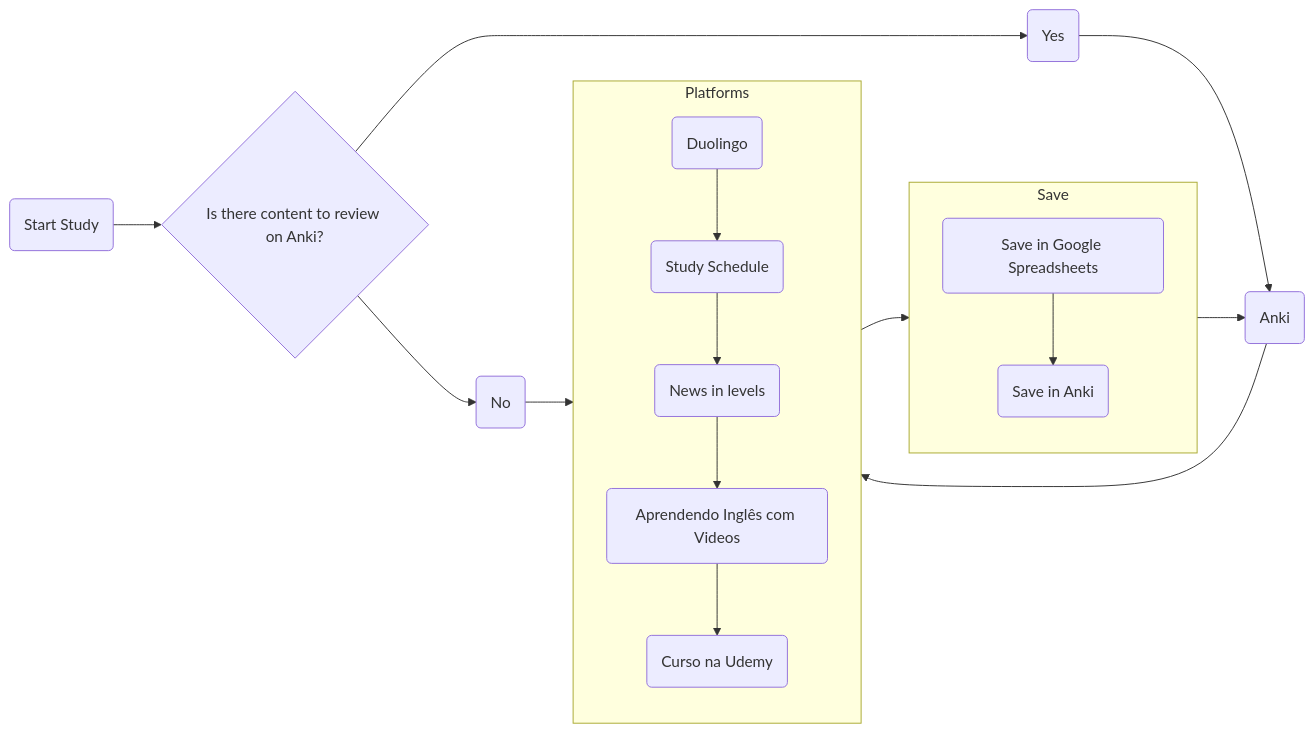
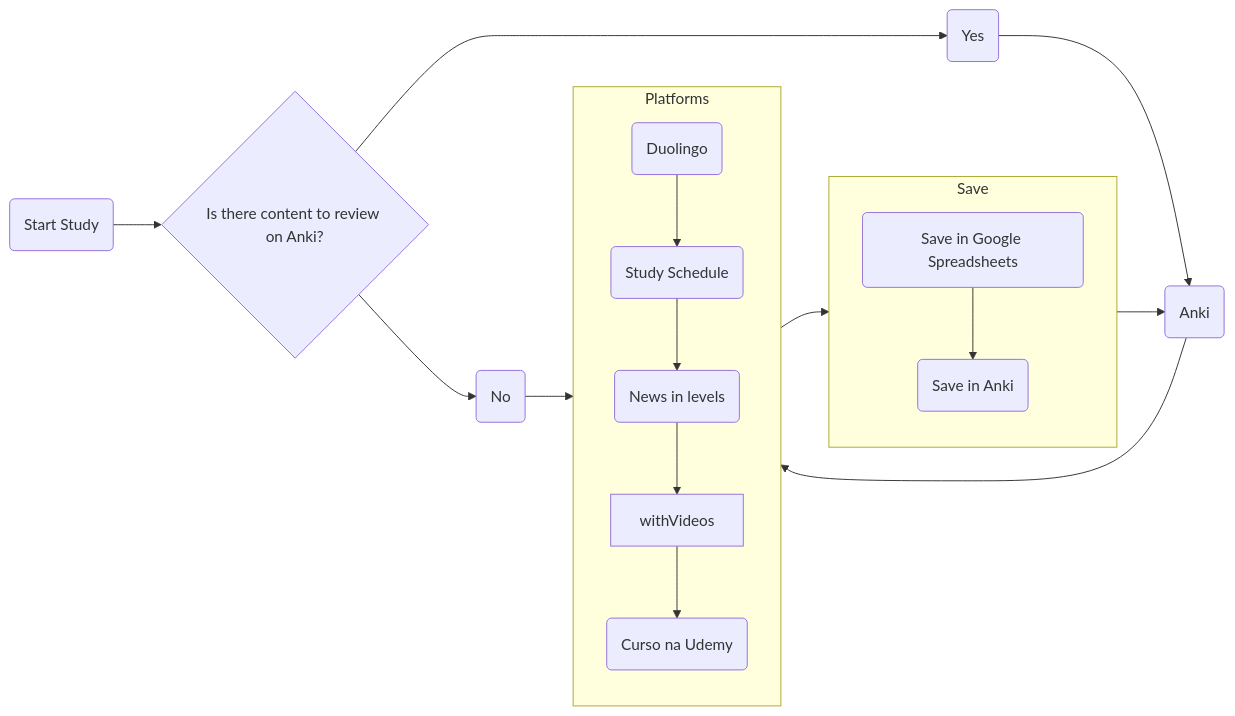
One commit to douglasmatosdev/English-Studies changed the diagram in README.md. Above: the diagram before and after it, drawn with Mermaid.

````diff
--- a/README.md
+++ b/README.md
@@ -8,43 +8,41 @@
 ```mermaid
 flowchart LR
 
 A(Start Study)
 A?B{Is there content to review on Anki?}
 
 duolingo(Duolingo)
 y(Yes)
 n(No)
 anki(Anki)
 ankisave(Save in Anki)
 spreadsheetssave(Save in Google Spreadsheets)
 studySchedule(Study Schedule)
 newsinlevels(News in levels)
-withVideos(Aprendendo Inglês com Videos)
 udemy(Curso na Udemy)
 
 
 A-->A?B-->y-->anki-->Platforms
 A?B-->n-->Platforms
 
 subgraph Save
       direction TB
       spreadsheetssave -->ankisave
 end
 
 subgraph Platforms
 	direction TB
 	duolingo -->studySchedule --> newsinlevels -->withVideos -->udemy
 end
 
 Platforms-->Save
 Save-->anki
 
 click anki "https://ankiweb.net/decks/" _blank
 click ankisave "https://ankiweb.net/decks/" _blank
 click duolingo "https://www.duolingo.com/learn" _blank
 click studySchedule "https://www.nacaofluente.com/blog/como-aprender-ingles-no-youtube/" _blank
 click newsinlevels "https://www.newsinlevels.com/" _blank
-click withVideos "https://www.mairovergara.com/category/aprendendo-ingles-com-videos/" _blank
 click spreadsheetssave "https://docs.google.com/spreadsheets/d/1arlHxIkvthya-5m9DFAn3_cooVw2jMa86urfHyFg8ZE/edit#gid=0" _blank
 click udemy "https://viasat.udemy.com/course/reiniciar-seu-ingles-do-zero/learn/lecture/8256838#overview" _blank
 ```
````
